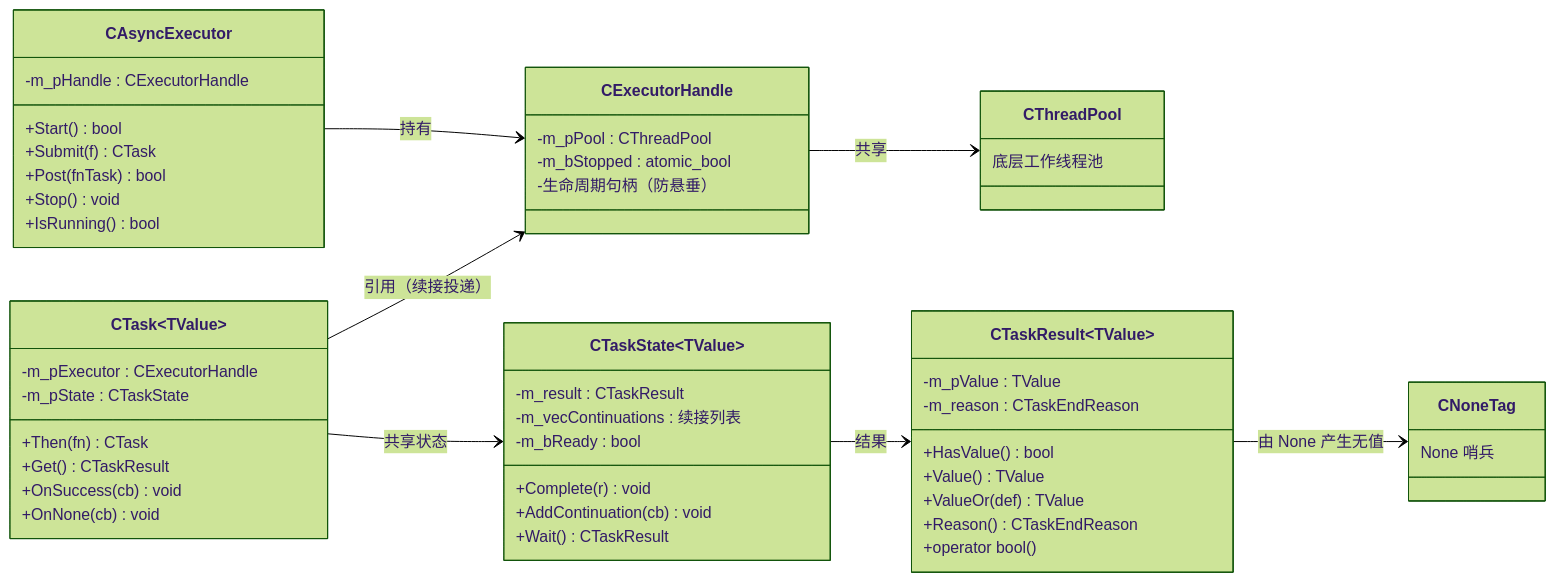
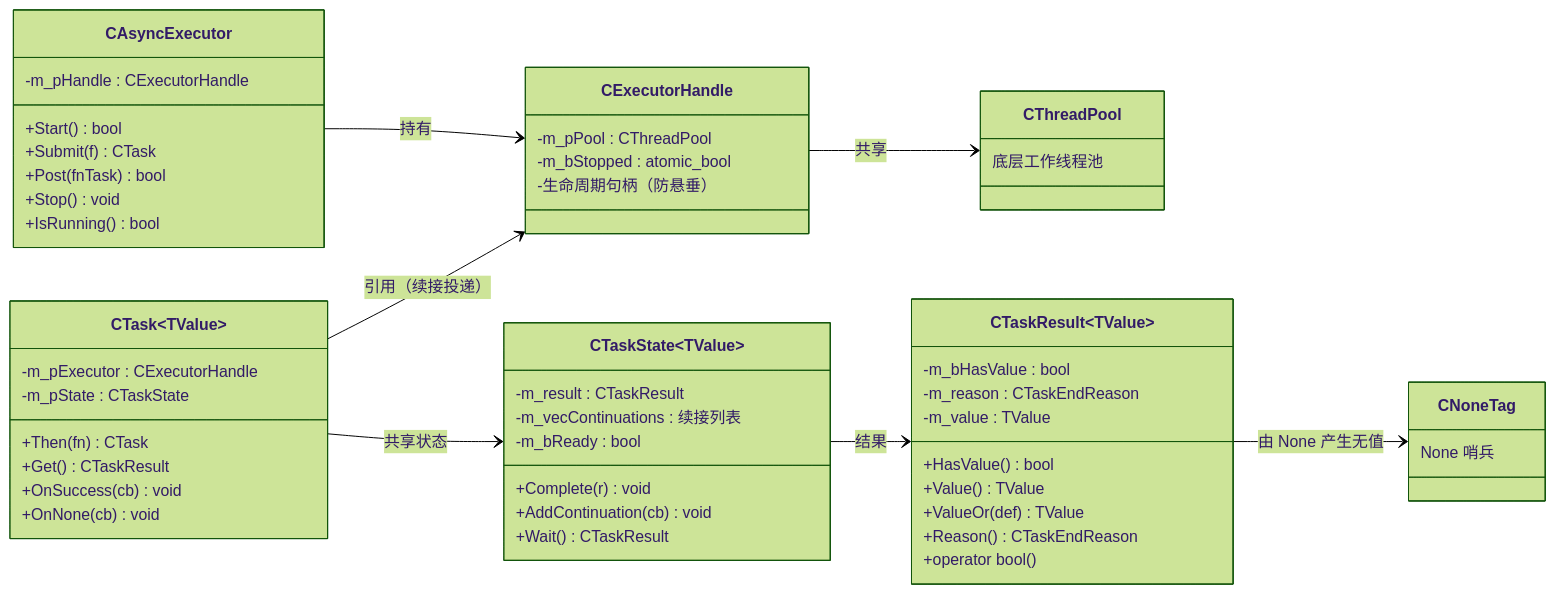
Before and after one commit to MYMarcoreus/COM-Framework: the first of 13 diagrams in Common/Async/docs/async-nothrow.md, drawn with Mermaid (forest theme). The commit also changed other lines of this file and 1 other file, not shown here.

````diff
--- a/Common/Async/docs/async-nothrow.md
+++ b/Common/Async/docs/async-nothrow.md
@@ -59,56 +59,57 @@
 ```mermaid
 classDiagram
     direction LR
 
     class CAsyncExecutor {
         +Start() bool
         +Submit(f) CTask
         +Post(fnTask) bool
         +Stop() void
         +IsRunning() bool
         -m_pHandle : CExecutorHandle
     }
     class CExecutorHandle {
         -m_pPool : CThreadPool
         -m_bStopped : atomic_bool
         -生命周期句柄（防悬垂）
     }
     class CThreadPool {
         底层工作线程池
     }
     class CTask~TValue~ {
         +Then(fn) CTask
         +Get() CTaskResult
         +OnSuccess(cb) void
         +OnNone(cb) void
         -m_pExecutor : CExecutorHandle
         -m_pState : CTaskState
     }
     class CTaskState~TValue~ {
         +Complete(r) void
         +AddContinuation(cb) void
         +Wait() CTaskResult
         -m_result : CTaskResult
         -m_vecContinuations : 续接列表
         -m_bReady : bool
     }
     class CTaskResult~TValue~ {
         +HasValue() bool
         +Value() TValue
         +ValueOr(def) TValue
         +Reason() CTaskEndReason
         +operator bool()
-        -m_pValue : TValue
+        -m_bHasValue : bool
         -m_reason : CTaskEndReason
+        -m_value : TValue
     }
     class CNoneTag {
         None 哨兵
     }
 
     CAsyncExecutor --> CExecutorHandle : 持有
     CExecutorHandle --> CThreadPool : 共享
     CTask --> CExecutorHandle : 引用（续接投递）
     CTask --> CTaskState : 共享状态
     CTaskState --> CTaskResult : 结果
     CTaskResult --> CNoneTag : 由 None 产生无值
 ```
````
